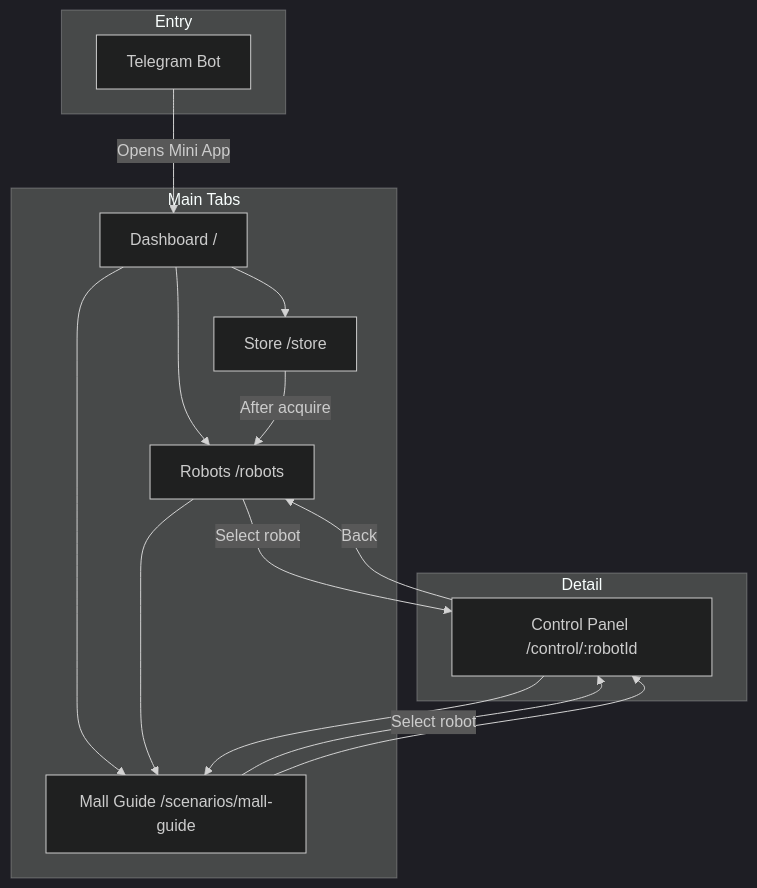
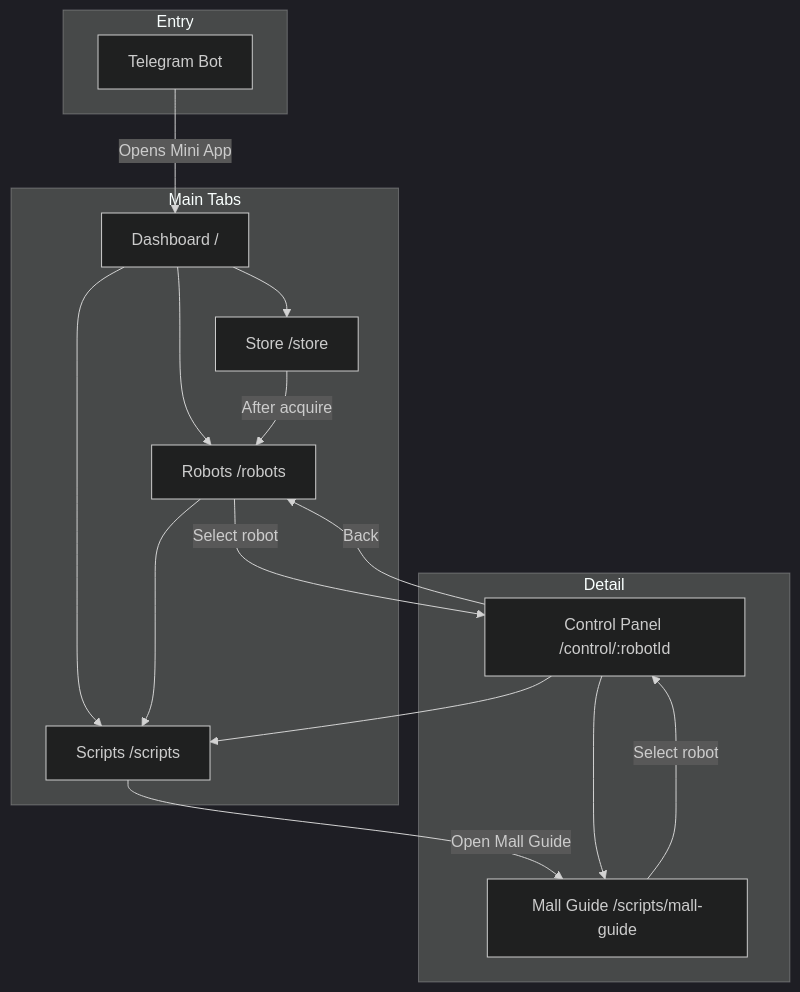
The first of 2 diagrams in docs/ux/screen-map.md (Saitosar/sai-aurosy-telegram-mini-app), drawn with Mermaid (dark theme) before and after one commit. The commit also changed other lines of this file and 14 other files, not shown here.

Commit message:
Refactor app structure to replace 'Mall Guide' with 'Scripts' in navigation and documentation. Update routes and components to reflect new script-based functionality, ensuring proper integration with the SAI AUROSY platform.

````diff
--- a/docs/ux/screen-map.md
+++ b/docs/ux/screen-map.md
@@ -24,29 +25,31 @@
 ```mermaid
 flowchart TB
     subgraph Entry [Entry]
         TelegramBot[Telegram Bot]
     end
 
     subgraph MainTabs [Main Tabs]
         Dashboard[Dashboard /]
         Robots[Robots /robots]
         Store[Store /store]
-        MallGuide[Mall Guide /scenarios/mall-guide]
+        Scripts[Scripts /scripts]
     end
 
     subgraph Detail [Detail]
         ControlPanel[Control Panel /control/:robotId]
+        MallGuide[Mall Guide /scripts/mall-guide]
     end
 
     TelegramBot -->|"Opens Mini App"| Dashboard
     Dashboard --> Robots
     Dashboard --> Store
-    Dashboard --> MallGuide
+    Dashboard --> Scripts
     Robots -->|"Select robot"| ControlPanel
-    Robots --> MallGuide
+    Robots --> Scripts
     Store -->|"After acquire"| Robots
+    Scripts -->|"Open Mall Guide"| MallGuide
     MallGuide -->|"Select robot"| ControlPanel
     ControlPanel -->|"Back"| Robots
+    ControlPanel --> Scripts
     ControlPanel --> MallGuide
-    MallGuide --> ControlPanel
 ```
````
